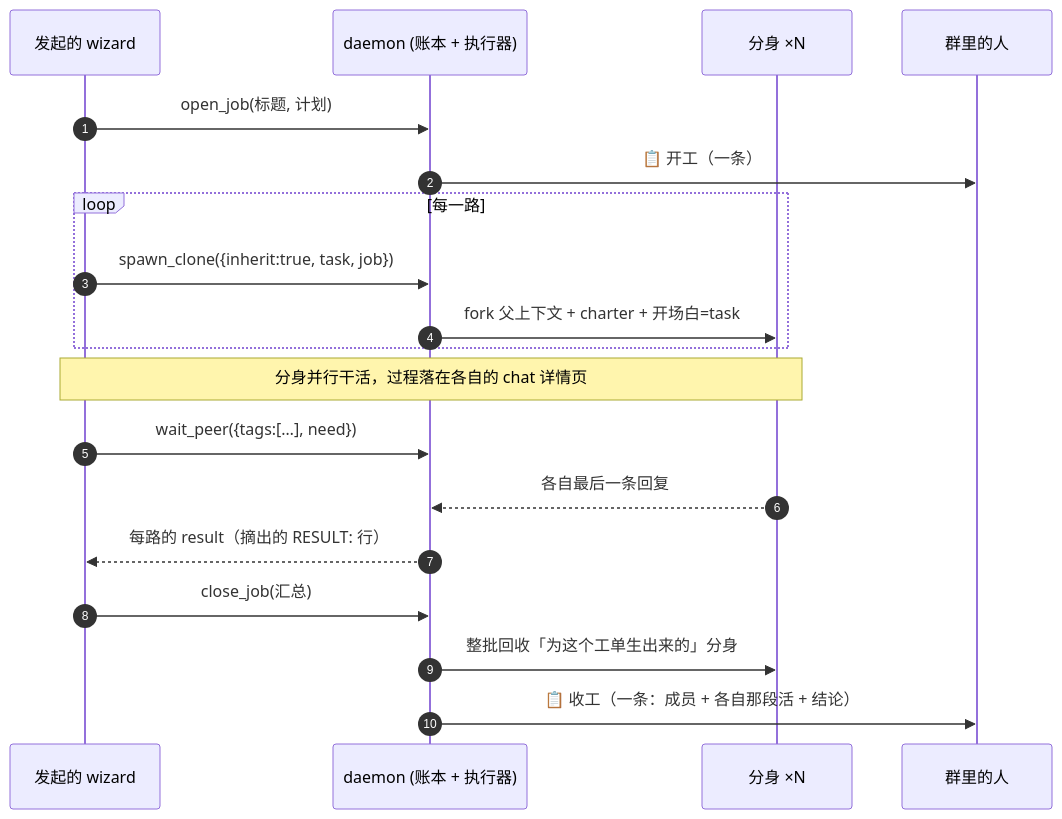
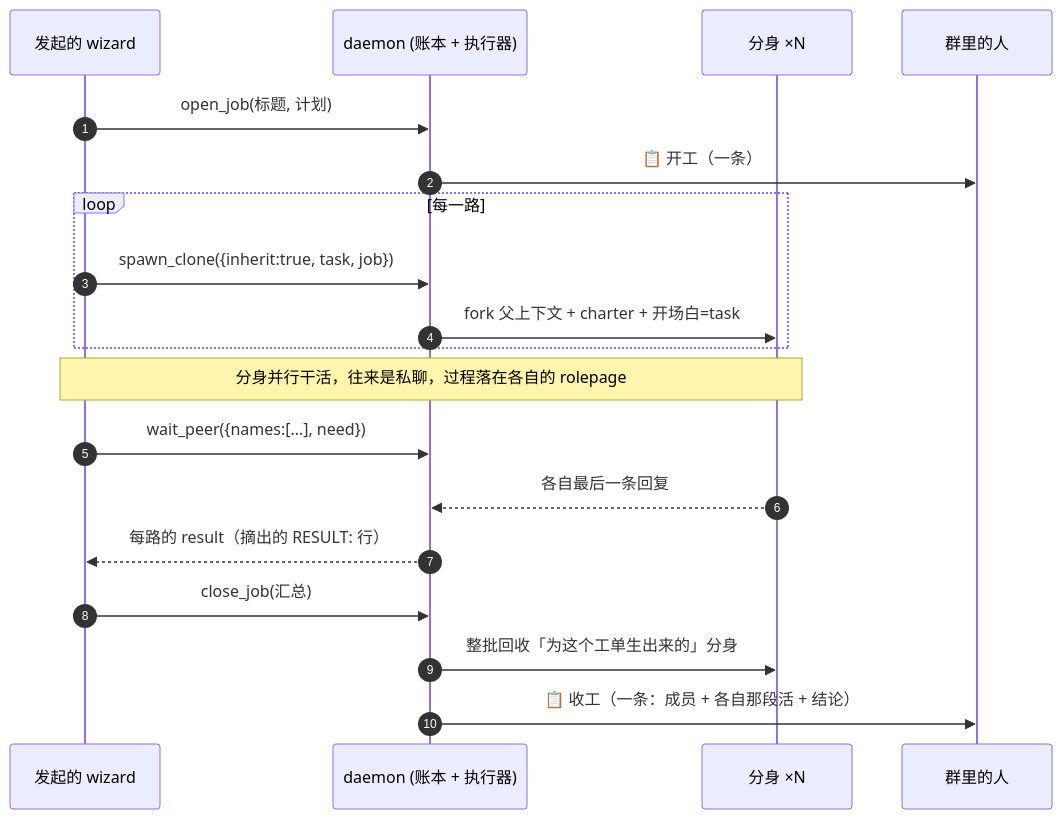
The eighth of 12 diagrams in 技术说明.md (guxi11/wezard), drawn with Mermaid before and after one commit. The commit also changed other lines of this file and 28 other files, not shown here.

First line of the commit message:
feat(wizard)!: 全局唯一名字 .name、公开/私聊频道、chat 详情页 → rolepage

````diff
--- a/技术说明.md
+++ b/技术说明.md
@@ -192,22 +211,22 @@
 ```mermaid
 sequenceDiagram
     autonumber
     participant W as 发起的 wizard
     participant D as daemon (账本 + 执行器)
     participant K as 分身 ×N
     participant U as 群里的人
 
     W->>D: open_job(标题, 计划)
     D->>U: 📋 开工（一条）
     loop 每一路
         W->>D: spawn_clone({inherit:true, task, job})
         D->>K: fork 父上下文 + charter + 开场白=task
     end
-    Note over W,K: 分身并行干活，过程落在各自的 chat 详情页
-    W->>D: wait_peer({tags:[…], need})
+    Note over W,K: 分身并行干活，往来是私聊，过程落在各自的 rolepage
+    W->>D: wait_peer({names:[…], need})
     K-->>D: 各自最后一条回复
     D-->>W: 每路的 result（摘出的 RESULT: 行）
     W->>D: close_job(汇总)
     D->>K: 整批回收「为这个工单生出来的」分身
     D->>U: 📋 收工（一条：成员 + 各自那段活 + 结论）
 ```
````
